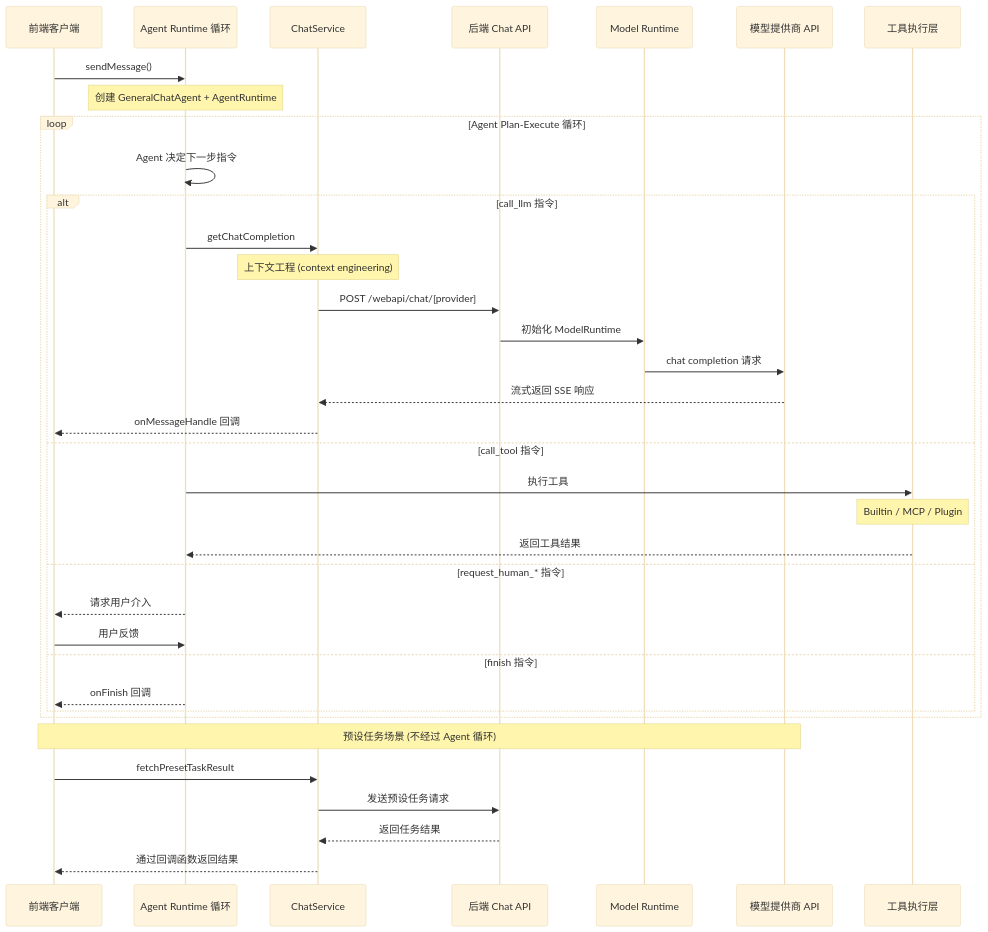
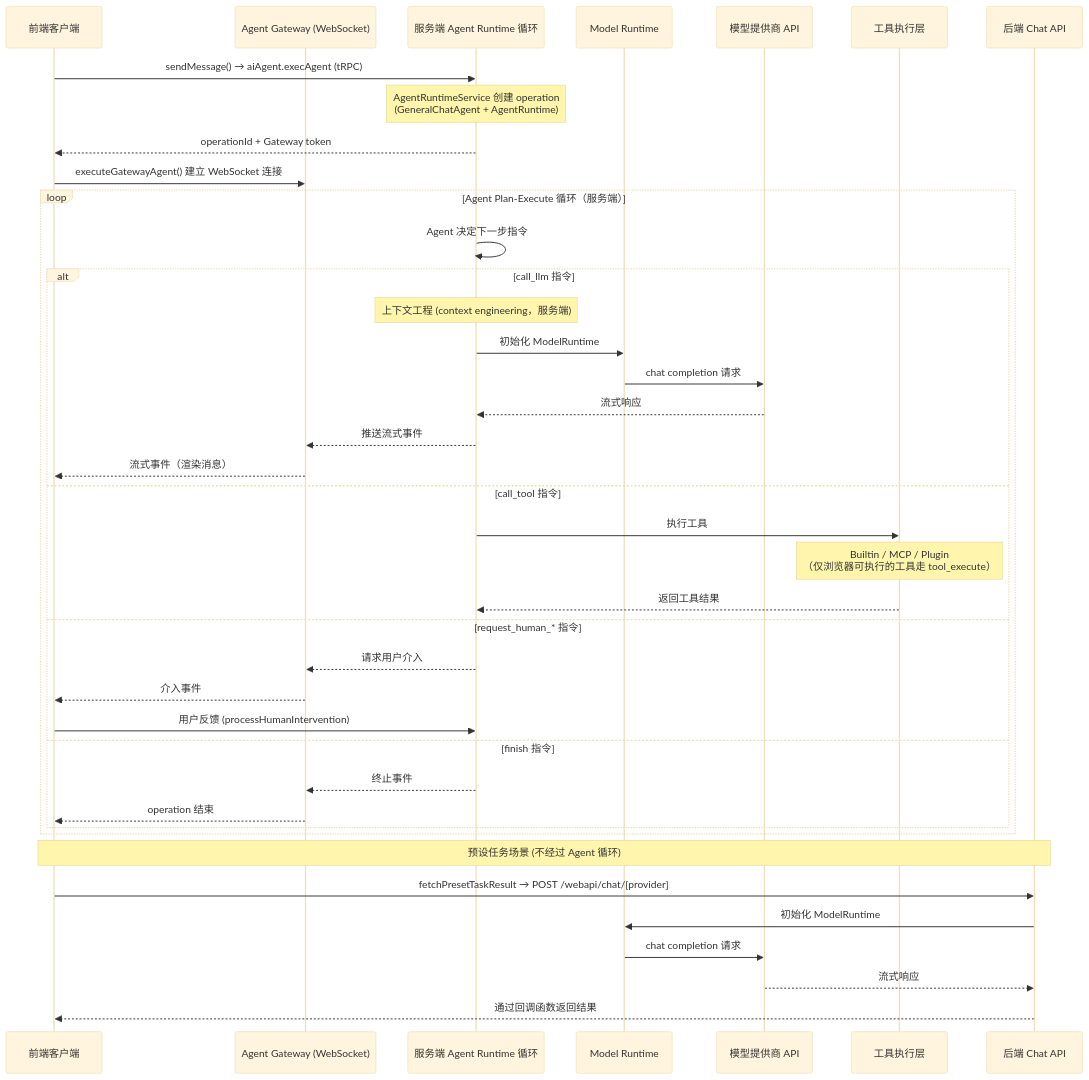
The diagram in docs/development/basic/chat-api.zh-CN.mdx (lobehub/lobe-chat), drawn with Mermaid (base theme) before and after one commit. The commit also changed other lines of this file and 174 other files, not shown here.

First line of the commit message:
🔥 refactor(agent-runtime): remove the browser client runtime

````diff
--- a/docs/development/basic/chat-api.zh-CN.mdx
+++ b/docs/development/basic/chat-api.zh-CN.mdx
@@ -32,45 +32,49 @@
 ```mermaid
 sequenceDiagram
     participant Client as 前端客户端
-    participant AgentLoop as Agent Runtime 循环
-    participant ChatService as ChatService
-    participant ChatAPI as 后端 Chat API
+    participant Gateway as Agent Gateway (WebSocket)
+    participant AgentLoop as 服务端 Agent Runtime 循环
     participant ModelRuntime as Model Runtime
     participant ModelProvider as 模型提供商 API
     participant ToolExecution as 工具执行层
+    participant ChatAPI as 后端 Chat API
 
-    Client->>AgentLoop: sendMessage()
-    Note over AgentLoop: 创建 GeneralChatAgent + AgentRuntime
+    Client->>AgentLoop: sendMessage() → aiAgent.execAgent (tRPC)
+    Note over AgentLoop: AgentRuntimeService 创建 operation<br/>(GeneralChatAgent + AgentRuntime)
+    AgentLoop-->>Client: operationId + Gateway token
+    Client->>Gateway: executeGatewayAgent() 建立 WebSocket 连接
 
-    loop Agent Plan-Execute 循环
+    loop Agent Plan-Execute 循环（服务端）
         AgentLoop->>AgentLoop: Agent 决定下一步指令
 
         alt call_llm 指令
-            AgentLoop->>ChatService: getChatCompletion
-            Note over ChatService: 上下文工程 (context engineering)
-            ChatService->>ChatAPI: POST /webapi/chat/[provider]
-            ChatAPI->>ModelRuntime: 初始化 ModelRuntime
+            Note over AgentLoop: 上下文工程 (context engineering，服务端)
+            AgentLoop->>ModelRuntime: 初始化 ModelRuntime
             ModelRuntime->>ModelProvider: chat completion 请求
-            ModelProvider-->>ChatService: 流式返回 SSE 响应
-            ChatService-->>Client: onMessageHandle 回调
+            ModelProvider-->>AgentLoop: 流式响应
+            AgentLoop-->>Gateway: 推送流式事件
+            Gateway-->>Client: 流式事件（渲染消息）
 
         else call_tool 指令
             AgentLoop->>ToolExecution: 执行工具
-            Note over ToolExecution: Builtin / MCP / Plugin
+            Note over ToolExecution: Builtin / MCP / Plugin<br/>（仅浏览器可执行的工具走 tool_execute）
             ToolExecution-->>AgentLoop: 返回工具结果
 
         else request_human_* 指令
-            AgentLoop-->>Client: 请求用户介入
-            Client->>AgentLoop: 用户反馈
+            AgentLoop-->>Gateway: 请求用户介入
+            Gateway-->>Client: 介入事件
+            Client->>AgentLoop: 用户反馈 (processHumanIntervention)
 
         else finish 指令
-            AgentLoop-->>Client: onFinish 回调
+            AgentLoop-->>Gateway: 终止事件
+            Gateway-->>Client: operation 结束
         end
     end
 
-    Note over Client,ModelProvider: 预设任务场景 (不经过 Agent 循环)
-    Client->>ChatService: fetchPresetTaskResult
-    ChatService->>ChatAPI: 发送预设任务请求
-    ChatAPI-->>ChatService: 返回任务结果
-    ChatService-->>Client: 通过回调函数返回结果
+    Note over Client,ChatAPI: 预设任务场景 (不经过 Agent 循环)
+    Client->>ChatAPI: fetchPresetTaskResult → POST /webapi/chat/[provider]
+    ChatAPI->>ModelRuntime: 初始化 ModelRuntime
+    ModelRuntime->>ModelProvider: chat completion 请求
+    ModelProvider-->>ChatAPI: 流式响应
+    ChatAPI-->>Client: 通过回调函数返回结果
 ```
````
